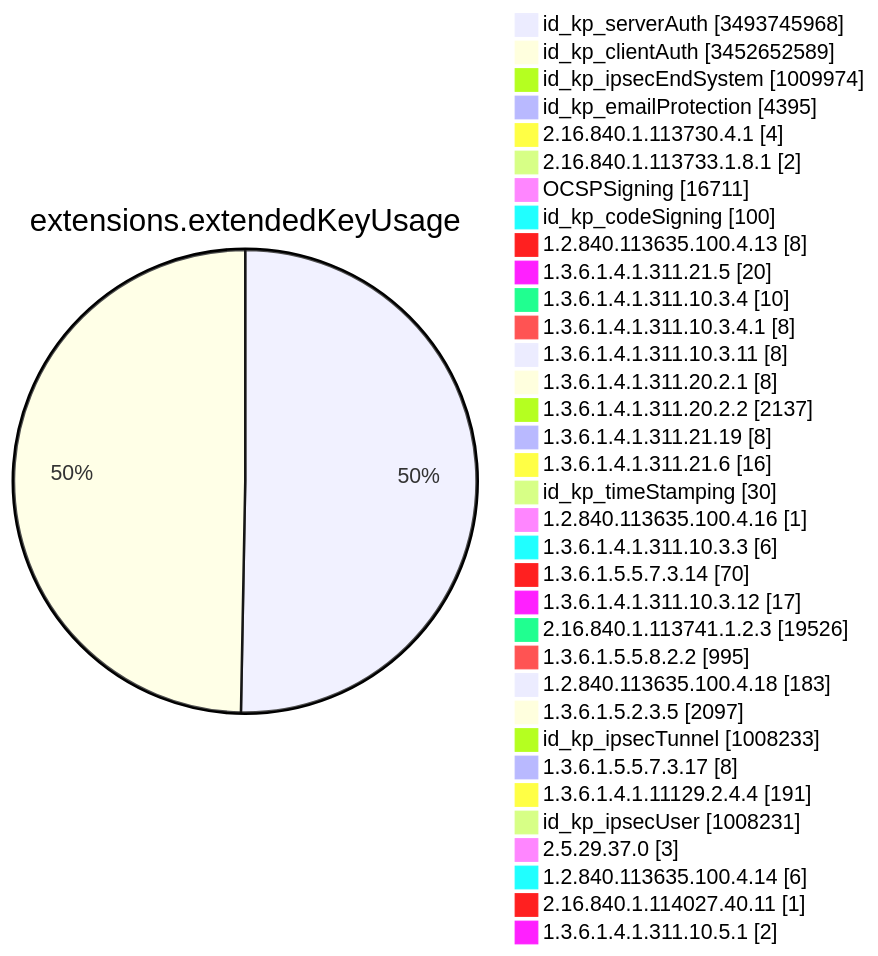
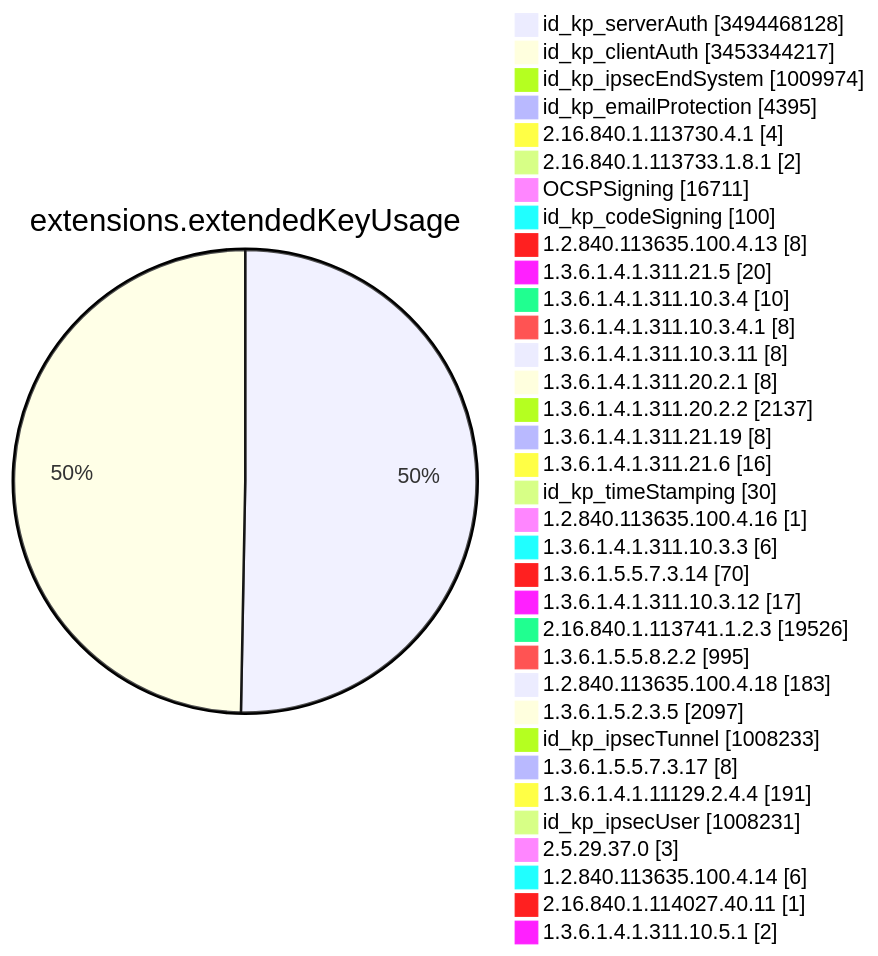
Diagram 11 of 15 in TOTAL/README.md (christiankrug/ctmonitor_visualization), drawn with Mermaid before and after one commit. The commit also changed other lines of this file, not shown here.

````diff
--- a/TOTAL/README.md
+++ b/TOTAL/README.md
@@ -4124,38 +4124,38 @@
 ```mermaid
 pie showData
 title extensions.extendedKeyUsage
-"id_kp_serverAuth" :3493745968
-"id_kp_clientAuth" :3452652589
+"id_kp_serverAuth" :3494468128
+"id_kp_clientAuth" :3453344217
 "id_kp_ipsecEndSystem" :1009974
 "id_kp_emailProtection" :4395
 "2.16.840.1.113730.4.1" :4
 "2.16.840.1.113733.1.8.1" :2
 "OCSPSigning" :16711
 "id_kp_codeSigning" :100
 "1.2.840.113635.100.4.13" :8
 "1.3.6.1.4.1.311.21.5" :20
 "1.3.6.1.4.1.311.10.3.4" :10
 "1.3.6.1.4.1.311.10.3.4.1" :8
 "1.3.6.1.4.1.311.10.3.11" :8
 "1.3.6.1.4.1.311.20.2.1" :8
 "1.3.6.1.4.1.311.20.2.2" :2137
 "1.3.6.1.4.1.311.21.19" :8
 "1.3.6.1.4.1.311.21.6" :16
 "id_kp_timeStamping" :30
 "1.2.840.113635.100.4.16" :1
 "1.3.6.1.4.1.311.10.3.3" :6
 "1.3.6.1.5.5.7.3.14" :70
 "1.3.6.1.4.1.311.10.3.12" :17
 "2.16.840.1.113741.1.2.3" :19526
 "1.3.6.1.5.5.8.2.2" :995
 "1.2.840.113635.100.4.18" :183
 "1.3.6.1.5.2.3.5" :2097
 "id_kp_ipsecTunnel" :1008233
 "1.3.6.1.5.5.7.3.17" :8
 "1.3.6.1.4.1.11129.2.4.4" :191
 "id_kp_ipsecUser" :1008231
 "2.5.29.37.0" :3
 "1.2.840.113635.100.4.14" :6
 "2.16.840.1.114027.40.11" :1
 "1.3.6.1.4.1.311.10.5.1" :2
 ```
````
